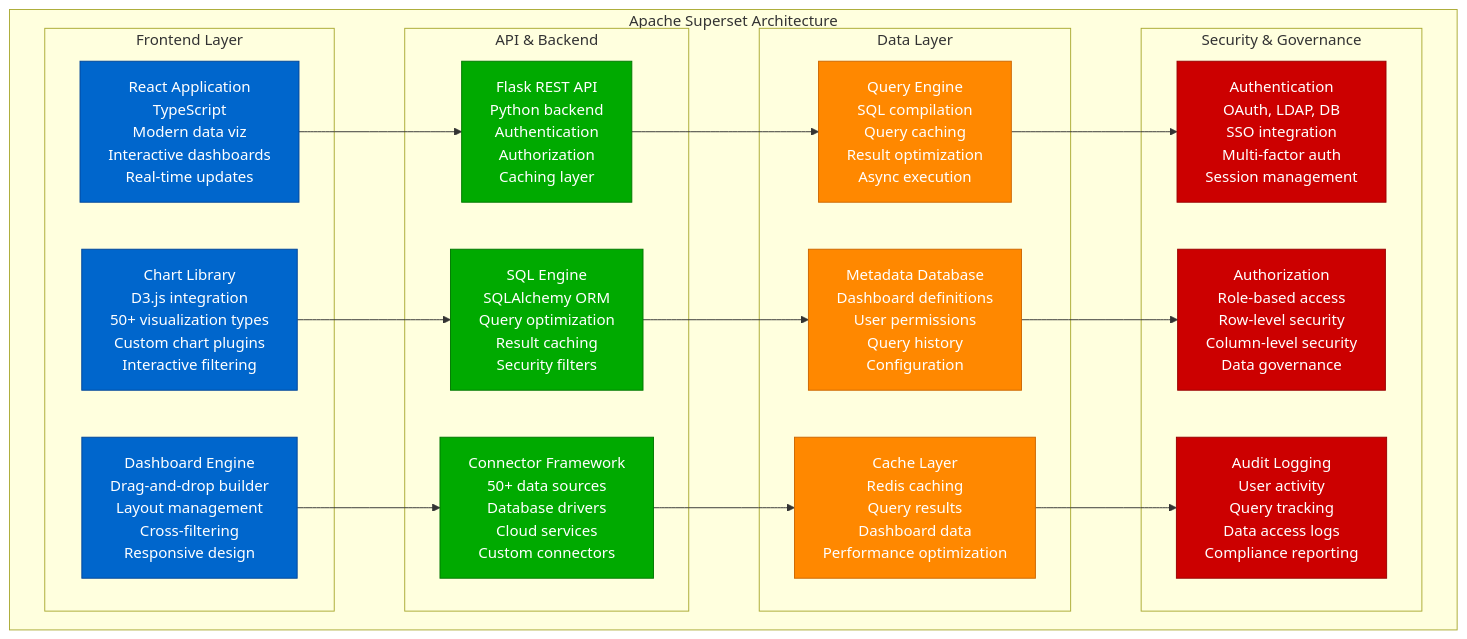
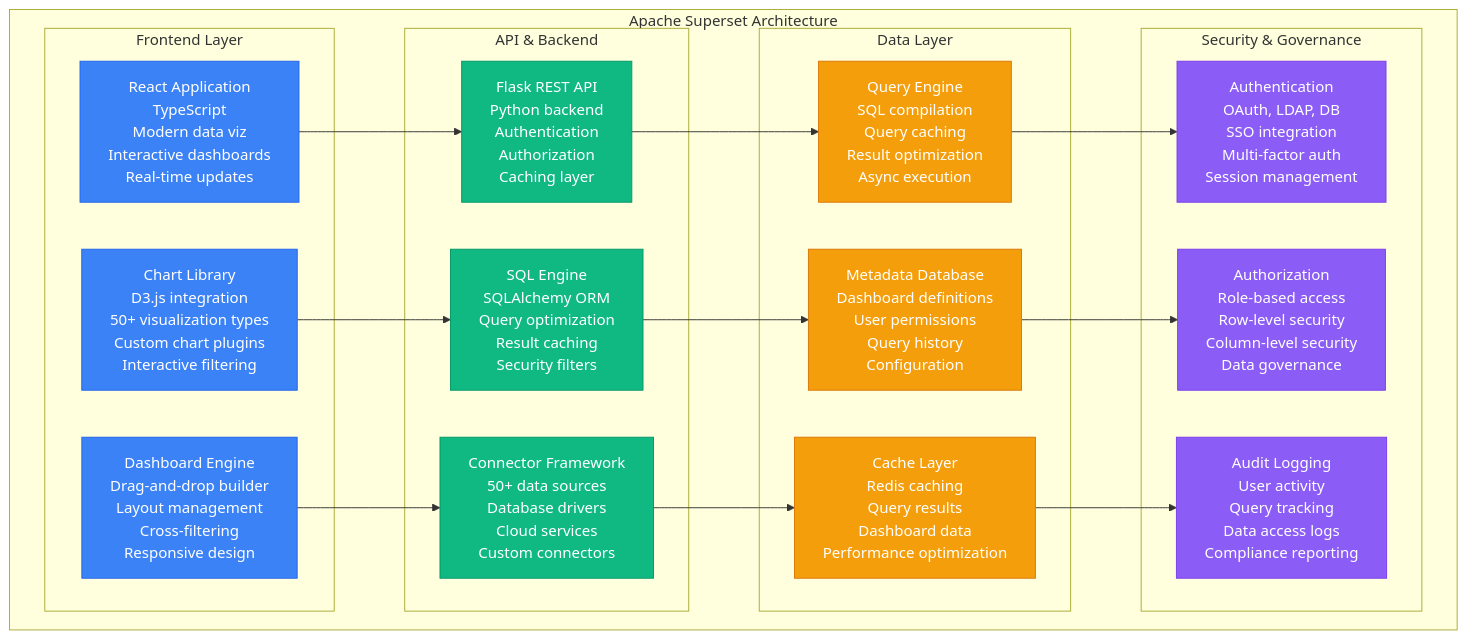
Before and after one commit to deepaucksharma/DS: the third of 5 diagrams in site/docs/systems/airbnb/novel-solutions.md, drawn with Mermaid. The commit also changed other lines of this file and 303 other files, not shown here.

````diff
--- a/site/docs/systems/airbnb/novel-solutions.md
+++ b/site/docs/systems/airbnb/novel-solutions.md
@@ -171,58 +171,58 @@
 ```mermaid
 graph TB
     subgraph SupersetArchitecture[Apache Superset Architecture]
         subgraph FrontendLayer[Frontend Layer]
             ReactApp[React Application<br/>TypeScript<br/>Modern data viz<br/>Interactive dashboards<br/>Real-time updates]
 
             ChartLibrary[Chart Library<br/>D3.js integration<br/>50+ visualization types<br/>Custom chart plugins<br/>Interactive filtering]
 
             DashboardEngine[Dashboard Engine<br/>Drag-and-drop builder<br/>Layout management<br/>Cross-filtering<br/>Responsive design]
         end
 
         subgraph APILayer[API & Backend]
             FlaskAPI[Flask REST API<br/>Python backend<br/>Authentication<br/>Authorization<br/>Caching layer]
 
             SQLEngine[SQL Engine<br/>SQLAlchemy ORM<br/>Query optimization<br/>Result caching<br/>Security filters]
 
             ConnectorFramework[Connector Framework<br/>50+ data sources<br/>Database drivers<br/>Cloud services<br/>Custom connectors]
         end
 
         subgraph DataLayer[Data Layer]
             QueryEngine[Query Engine<br/>SQL compilation<br/>Query caching<br/>Result optimization<br/>Async execution]
 
             MetadataDB[Metadata Database<br/>Dashboard definitions<br/>User permissions<br/>Query history<br/>Configuration]
 
             CacheLayer[Cache Layer<br/>Redis caching<br/>Query results<br/>Dashboard data<br/>Performance optimization]
         end
 
         subgraph SecurityLayer[Security & Governance]
             AuthenticationSystem[Authentication<br/>OAuth, LDAP, DB<br/>SSO integration<br/>Multi-factor auth<br/>Session management]
 
             AuthorizationEngine[Authorization<br/>Role-based access<br/>Row-level security<br/>Column-level security<br/>Data governance]
 
             AuditLogging[Audit Logging<br/>User activity<br/>Query tracking<br/>Data access logs<br/>Compliance reporting]
         end
     end
 
     ReactApp --> FlaskAPI
     ChartLibrary --> SQLEngine
     DashboardEngine --> ConnectorFramework
 
     FlaskAPI --> QueryEngine
     SQLEngine --> MetadataDB
     ConnectorFramework --> CacheLayer
 
     QueryEngine --> AuthenticationSystem
     MetadataDB --> AuthorizationEngine
     CacheLayer --> AuditLogging
 
-    classDef frontendStyle fill:#0066CC,stroke:#004499,color:#fff
-    classDef apiStyle fill:#00AA00,stroke:#007700,color:#fff
-    classDef dataStyle fill:#FF8800,stroke:#CC6600,color:#fff
-    classDef securityStyle fill:#CC0000,stroke:#990000,color:#fff
+    classDef frontendStyle fill:#3B82F6,stroke:#2563EB,color:#fff
+    classDef apiStyle fill:#10B981,stroke:#059669,color:#fff
+    classDef dataStyle fill:#F59E0B,stroke:#D97706,color:#fff
+    classDef securityStyle fill:#8B5CF6,stroke:#7C3AED,color:#fff
 
     class ReactApp,ChartLibrary,DashboardEngine frontendStyle
     class FlaskAPI,SQLEngine,ConnectorFramework apiStyle
     class QueryEngine,MetadataDB,CacheLayer dataStyle
     class AuthenticationSystem,AuthorizationEngine,AuditLogging securityStyle
 ```
````
